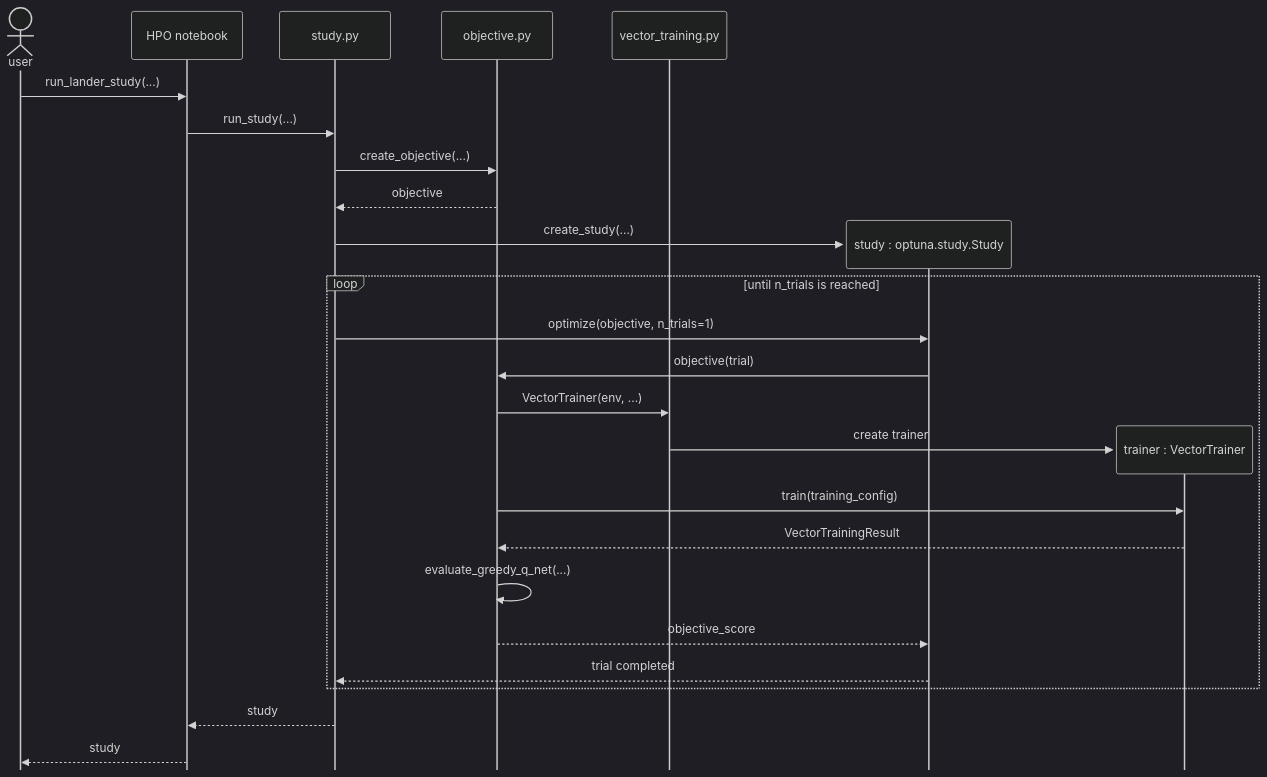
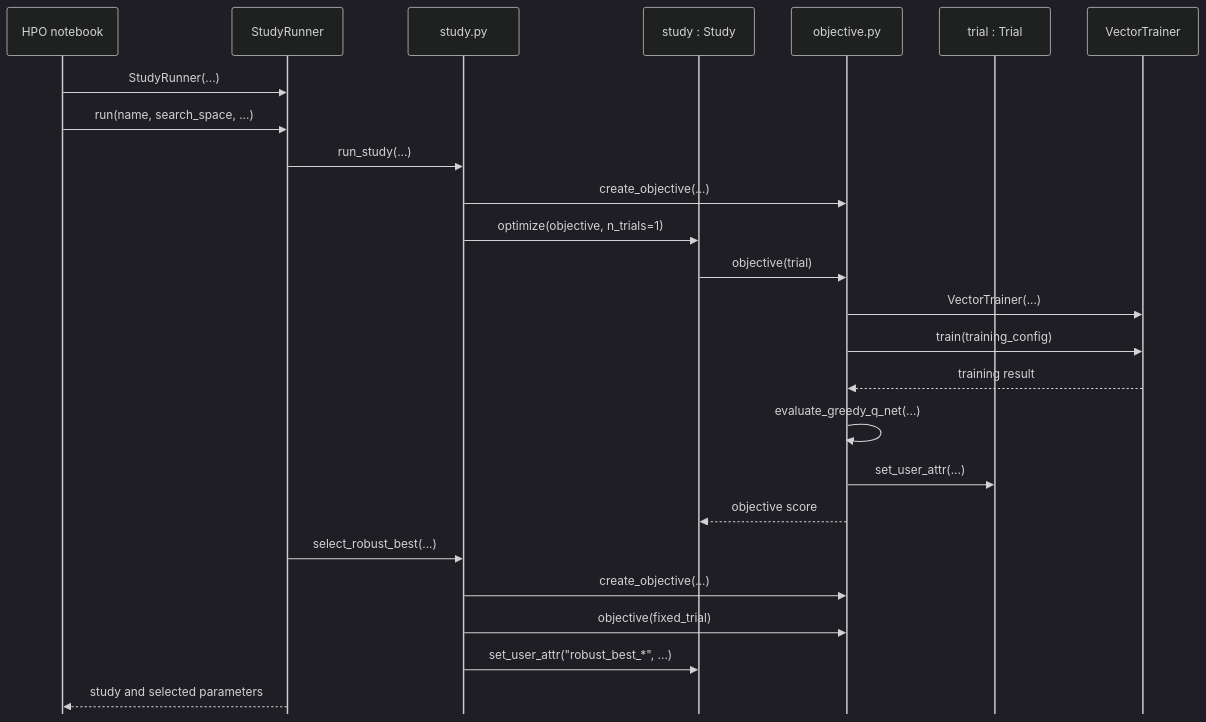
One commit to miwehle/rl_lab changed the diagram in hpo/sequence_diagram.md. Above: the diagram before and after it, drawn with Mermaid (dark theme).

````diff
--- a/hpo/sequence_diagram.md
+++ b/hpo/sequence_diagram.md
@@ -3,32 +1,33 @@
 ```mermaid
 %%{init: {"sequence": {"mirrorActors": false}}}%%
 sequenceDiagram
-    actor user
     participant notebook as HPO notebook
+    participant runner as StudyRunner
     participant study_module as study.py
+    participant study as study : Study
     participant objective as objective.py
-    participant vector_training as vector_training.py
+    participant trial as trial : Trial
+    participant trainer as VectorTrainer
 
-    user->>notebook: run_lander_study(...)
-    notebook->>study_module: run_study(...)
+    notebook->>runner: StudyRunner(...)
+    notebook->>runner: run(name, search_space, ...)
+    runner->>study_module: run_study(...)
     study_module->>objective: create_objective(...)
-    objective-->>study_module: objective
-    create participant study as study : optuna.study.Study
-    study_module->>study: create_study(...)
 
-    loop until n_trials is reached
-        study_module->>study: optimize(objective, n_trials=1)
-        study->>objective: objective(trial)
-        objective->>vector_training: VectorTrainer(env, ...)
-        create participant trainer as trainer : VectorTrainer
-        vector_training->>trainer: create trainer
-        objective->>trainer: train(training_config)
-        trainer-->>objective: VectorTrainingResult
-        objective->>objective: evaluate_greedy_q_net(...)
-        objective-->>study: objective_score
-        study-->>study_module: trial completed
-    end
+    study_module->>study: optimize(objective, n_trials=1)
+    study->>objective: objective(trial)
+    objective->>trainer: VectorTrainer(...)
+    objective->>trainer: train(training_config)
+    trainer-->>objective: training result
+    objective->>objective: evaluate_greedy_q_net(...)
+    objective->>trial: set_user_attr(...)
+    objective-->>study: objective score
 
-    study_module-->>notebook: study
-    notebook-->>user: study
+    runner->>study_module: select_robust_best(...)
+    study_module->>objective: create_objective(...)
+    study_module->>objective: objective(fixed_trial)
+    study_module->>study: set_user_attr("robust_best_*", ...)
+
+    runner-->>notebook: study and selected parameters
+
 ```
````
